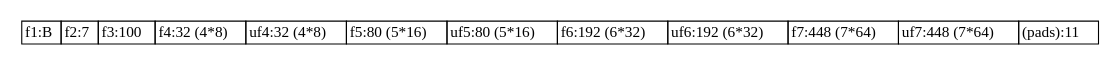
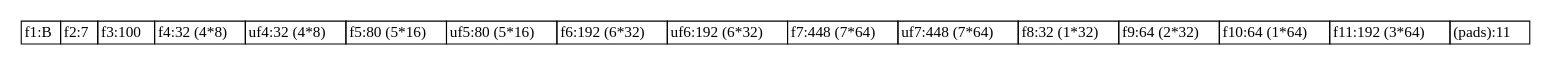
The diagram in src/basic/basic-spec.dot (sireum/bitcodec-examples), drawn with Graphviz before and after one commit. The commit also changed 4 other files, not shown here.

```diff
--- a/src/basic/basic-spec.dot
+++ b/src/basic/basic-spec.dot
@@ -1,13 +1,13 @@
 digraph G {
   rankdir = LR;
   graph [splines=ortho];
   node [shape=plaintext];
   edge [arrowhead=vee];
 
   n0 [label=<
     <TABLE BORDER="0" CELLBORDER="1" CELLSPACING="0" TOOLTIP="Foo" HREF="#">
-      <TR><TD>f1:B</TD><TD>f2:7</TD><TD>f3:100</TD><TD>f4:32 (4*8)</TD><TD>uf4:32 (4*8)</TD><TD>f5:80 (5*16)</TD><TD>uf5:80 (5*16)</TD><TD>f6:192 (6*32)</TD><TD>uf6:192 (6*32)</TD><TD>f7:448 (7*64)</TD><TD>uf7:448 (7*64)</TD><TD>(pads):11</TD></TR>
+      <TR><TD>f1:B</TD><TD>f2:7</TD><TD>f3:100</TD><TD>f4:32 (4*8)</TD><TD>uf4:32 (4*8)</TD><TD>f5:80 (5*16)</TD><TD>uf5:80 (5*16)</TD><TD>f6:192 (6*32)</TD><TD>uf6:192 (6*32)</TD><TD>f7:448 (7*64)</TD><TD>uf7:448 (7*64)</TD><TD>f8:32 (1*32)</TD><TD>f9:64 (2*32)</TD><TD>f10:64 (1*64)</TD><TD>f11:192 (3*64)</TD><TD>(pads):11</TD></TR>
     </TABLE>
   >];
 
 }
```
